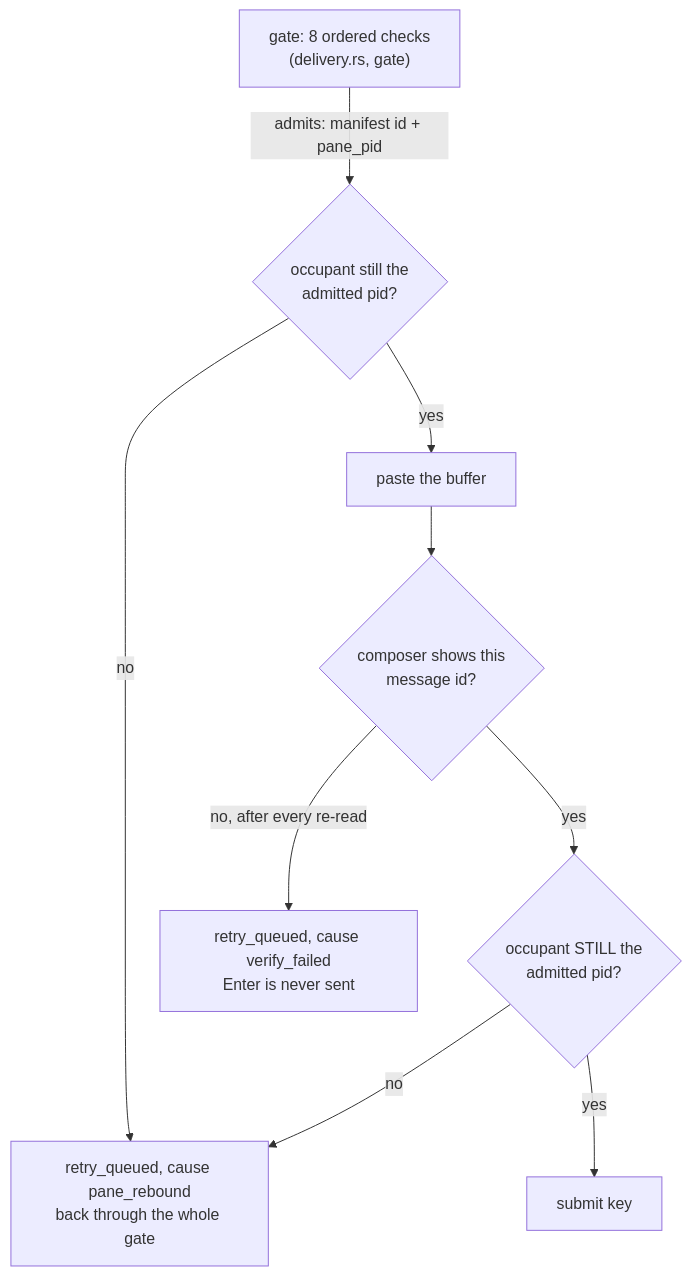
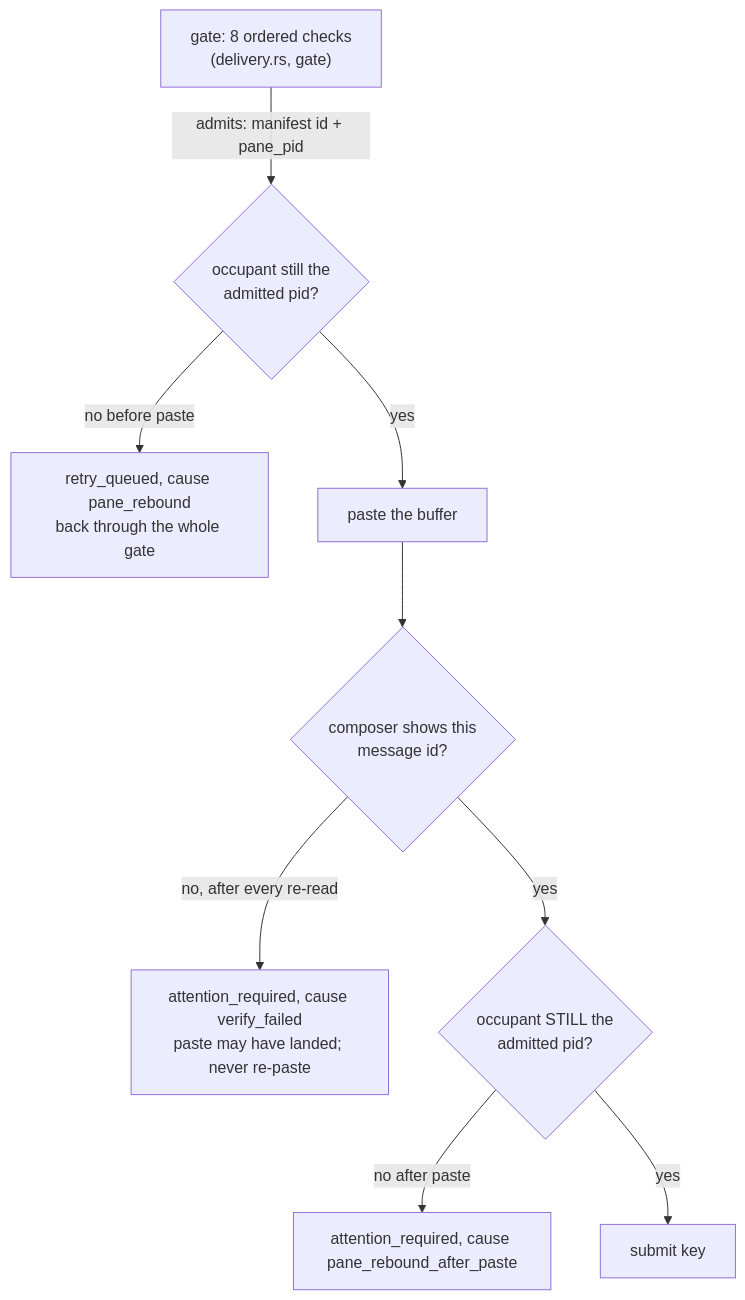
One commit to cyclops-team/cyclops changed the diagram in docs/development/INVARIANTS.md. Above: the diagram before and after it, drawn with Mermaid. The commit also changed other lines of this file and 22 other files, not shown here.

````diff
--- a/docs/development/INVARIANTS.md
+++ b/docs/development/INVARIANTS.md
@@ -41,11 +41,11 @@
 ```mermaid
 flowchart TD
     g["gate: 8 ordered checks<br/>(delivery.rs, gate)"] -->|"admits: manifest id + pane_pid"| r1{"occupant still the<br/>admitted pid?"}
-    r1 -->|no| retry["retry_queued, cause pane_rebound<br/>back through the whole gate"]
+    r1 -->|"no before paste"| retry["retry_queued, cause pane_rebound<br/>back through the whole gate"]
     r1 -->|yes| paste["paste the buffer"]
     paste --> v{"composer shows this<br/>message id?"}
-    v -->|"no, after every re-read"| retry2["retry_queued, cause verify_failed<br/>Enter is never sent"]
+    v -->|"no, after every re-read"| attention["attention_required, cause verify_failed<br/>paste may have landed; never re-paste"]
     v -->|yes| r2{"occupant STILL the<br/>admitted pid?"}
-    r2 -->|no| retry
+    r2 -->|"no after paste"| attention2["attention_required, cause pane_rebound_after_paste"]
     r2 -->|yes| enter["submit key"]
 ```
````
